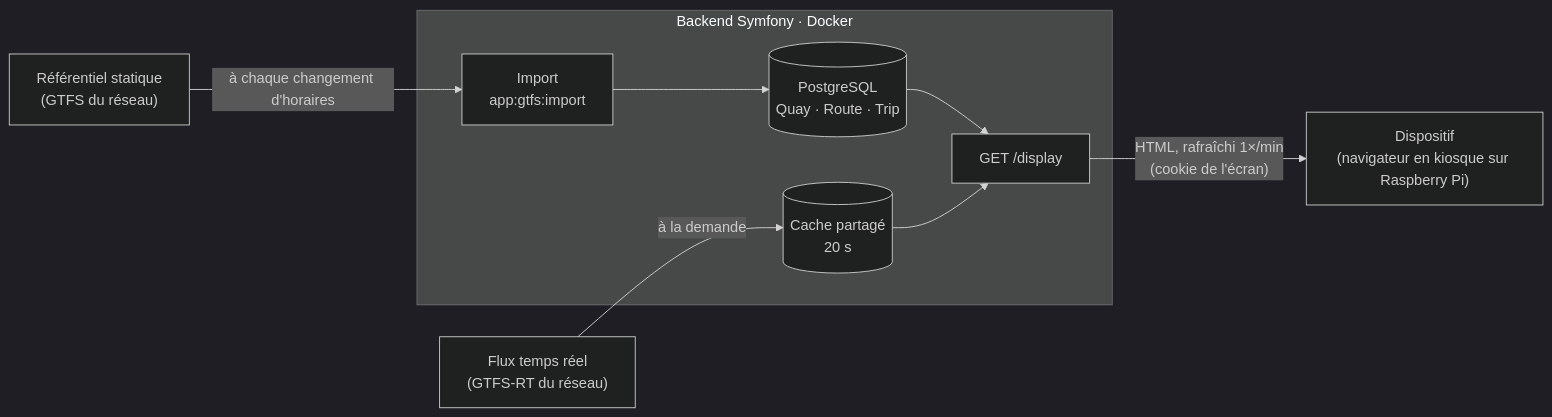
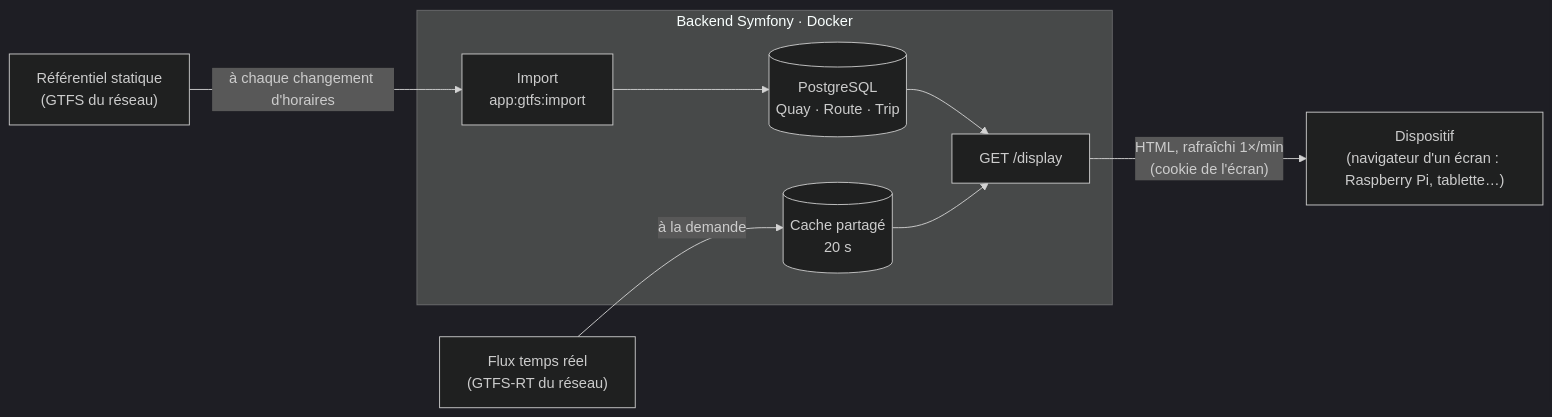
Before and after one commit to v-gael/Stopcast: the diagram in README.md, drawn with Mermaid (dark theme). The commit also changed other lines of this file and 7 other files, not shown here.

````diff
--- a/README.md
+++ b/README.md
@@ -25,13 +25,13 @@
 ```mermaid
 flowchart LR
     ST["Référentiel statique<br/>(GTFS du réseau)"]
     RT["Flux temps réel<br/>(GTFS-RT du réseau)"]
     subgraph Back["Backend Symfony · Docker"]
         I["Import<br/>app:gtfs:import"] --> DB[("PostgreSQL<br/>Quay · Route · Trip")]
         DB --> A["GET /display"]
         C[("Cache partagé<br/>20 s")] --> A
     end
     ST -- "à chaque changement d'horaires" --> I
     RT -- "à la demande" --> C
-    A -- "HTML, rafraîchi 1×/min<br/>(cookie de l'écran)" --> D["Dispositif<br/>(navigateur en kiosque sur Raspberry Pi)"]
+    A -- "HTML, rafraîchi 1×/min<br/>(cookie de l'écran)" --> D["Dispositif<br/>(navigateur d'un écran : Raspberry Pi, tablette…)"]
 ```
````
